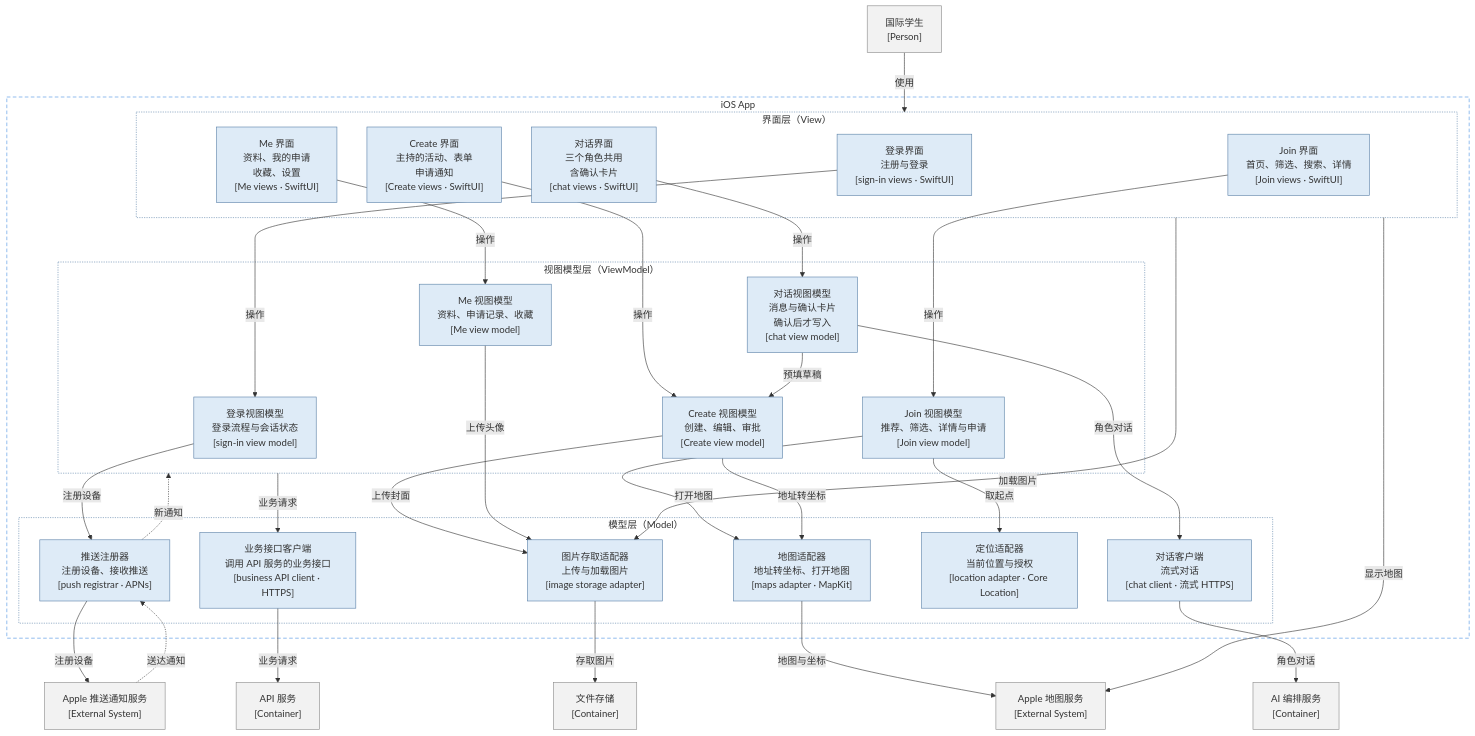
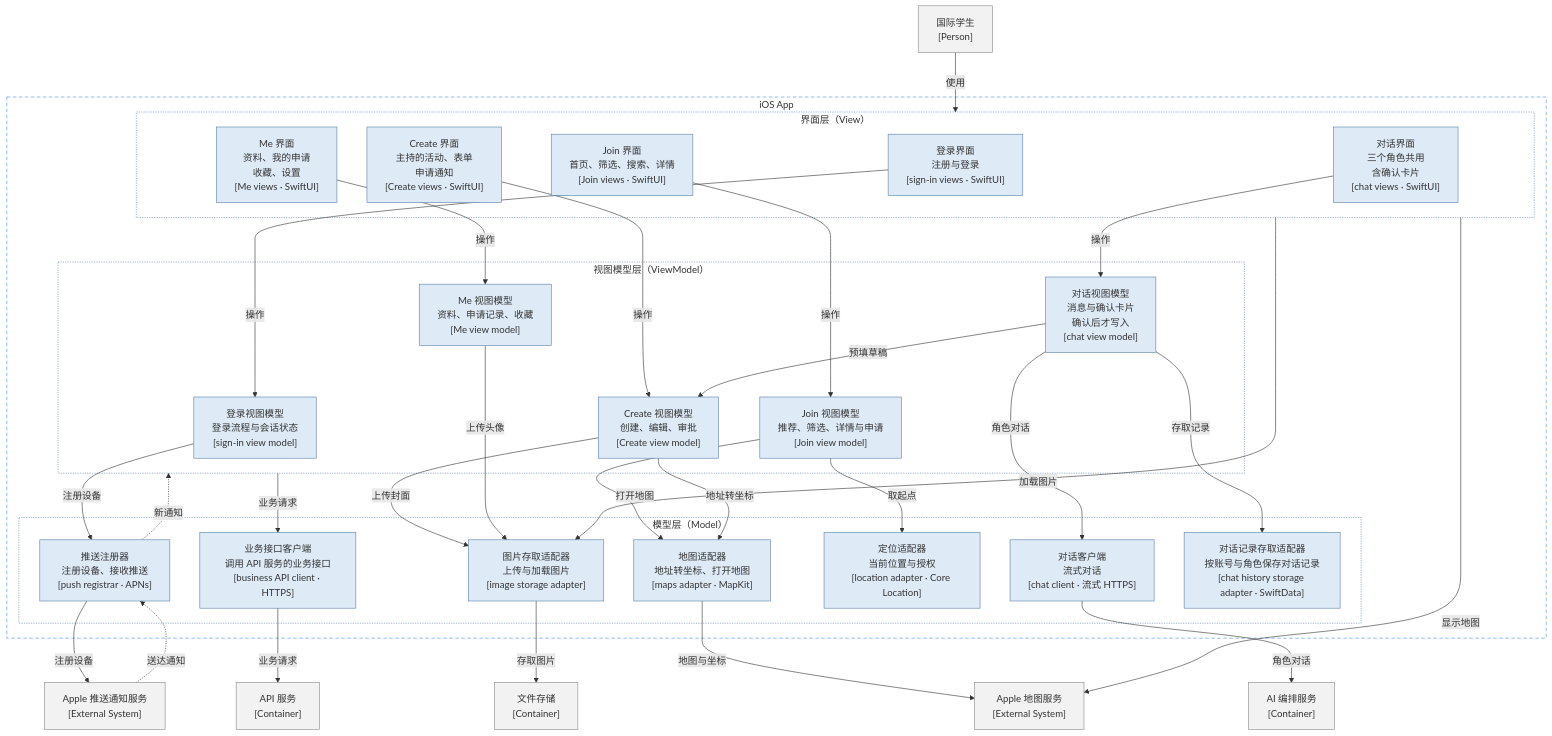
The diagram in truth/architecture/festiva-c3-app/festiva-c3-app.mmd (Ciri101/FESTIVA), drawn with Mermaid before and after one commit. The commit also changed 10 other files, not shown here.

First line of the commit message:
T0022: add the on-device chat history storage adapter to the iOS App C3

```diff
--- a/truth/architecture/festiva-c3-app/festiva-c3-app.mmd
+++ b/truth/architecture/festiva-c3-app/festiva-c3-app.mmd
@@ -1,65 +1,67 @@
 %% name: festiva-c3-app
 %% home: festiva-c3-app
 flowchart TB
   student["国际学生<br/>[Person]"]
   subgraph ios["iOS App"]
     subgraph vlayer["界面层（View）"]
       signinV["登录界面<br/>注册与登录<br/>[sign-in views · SwiftUI]"]
       joinV["Join 界面<br/>首页、筛选、搜索、详情<br/>[Join views · SwiftUI]"]
       createV["Create 界面<br/>主持的活动、表单<br/>申请通知<br/>[Create views · SwiftUI]"]
       meV["Me 界面<br/>资料、我的申请<br/>收藏、设置<br/>[Me views · SwiftUI]"]
       chatV["对话界面<br/>三个角色共用<br/>含确认卡片<br/>[chat views · SwiftUI]"]
     end
     subgraph vmlayer["视图模型层（ViewModel）"]
       signinVM["登录视图模型<br/>登录流程与会话状态<br/>[sign-in view model]"]
       joinVM["Join 视图模型<br/>推荐、筛选、详情与申请<br/>[Join view model]"]
       createVM["Create 视图模型<br/>创建、编辑、审批<br/>[Create view model]"]
       meVM["Me 视图模型<br/>资料、申请记录、收藏<br/>[Me view model]"]
       chatVM["对话视图模型<br/>消息与确认卡片<br/>确认后才写入<br/>[chat view model]"]
     end
     subgraph mlayer["模型层（Model）"]
       apiClient["业务接口客户端<br/>调用 API 服务的业务接口<br/>[business API client · HTTPS]"]
       chatClient["对话客户端<br/>流式对话<br/>[chat client · 流式 HTTPS]"]
       imageIO["图片存取适配器<br/>上传与加载图片<br/>[image storage adapter]"]
       mapsA["地图适配器<br/>地址转坐标、打开地图<br/>[maps adapter · MapKit]"]
       locA["定位适配器<br/>当前位置与授权<br/>[location adapter · Core Location]"]
       pushR["推送注册器<br/>注册设备、接收推送<br/>[push registrar · APNs]"]
+      historyA["对话记录存取适配器<br/>按账号与角色保存对话记录<br/>[chat history storage adapter · SwiftData]"]
     end
   end
   api["API 服务<br/>[Container]"]
   aiSvc["AI 编排服务<br/>[Container]"]
   files["文件存储<br/>[Container]"]
   maps["Apple 地图服务<br/>[External System]"]
   apns["Apple 推送通知服务<br/>[External System]"]
   student -->|"使用"| vlayer
   signinV -->|"操作"| signinVM
   joinV -->|"操作"| joinVM
   createV -->|"操作"| createVM
   meV -->|"操作"| meVM
   chatV -->|"操作"| chatVM
   vmlayer -->|"业务请求"| apiClient
   chatVM -->|"角色对话"| chatClient
   chatVM -->|"预填草稿"| createVM
   createVM -->|"上传封面"| imageIO
   meVM -->|"上传头像"| imageIO
   vlayer -->|"加载图片"| imageIO
   joinVM -->|"取起点"| locA
   joinVM -->|"打开地图"| mapsA
   createVM -->|"地址转坐标"| mapsA
   signinVM -->|"注册设备"| pushR
   pushR -.->|"新通知"| vmlayer
   apiClient -->|"业务请求"| api
   chatClient -->|"角色对话"| aiSvc
   imageIO -->|"存取图片"| files
   mapsA -->|"地图与坐标"| maps
   vlayer -->|"显示地图"| maps
   pushR -->|"注册设备"| apns
   apns -.->|"送达通知"| pushR
+  chatVM -->|"存取记录"| historyA
   classDef shell fill:#deebf7,stroke:#5b81a8
   classDef ext fill:#f2f2f2,stroke:#8a8a8a
-  class signinV,joinV,createV,meV,chatV,signinVM,joinVM,createVM,meVM,chatVM,apiClient,chatClient,imageIO,mapsA,locA,pushR shell
+  class signinV,joinV,createV,meV,chatV,signinVM,joinVM,createVM,meVM,chatVM,apiClient,chatClient,imageIO,mapsA,locA,pushR,historyA shell
   class student,api,aiSvc,files,maps,apns ext
   style ios fill:none,stroke:#4a90e2,stroke-dasharray:6 4
   style vlayer fill:none,stroke:#5b81a8,stroke-dasharray:2 2
   style vmlayer fill:none,stroke:#5b81a8,stroke-dasharray:2 2
   style mlayer fill:none,stroke:#5b81a8,stroke-dasharray:2 2
```
